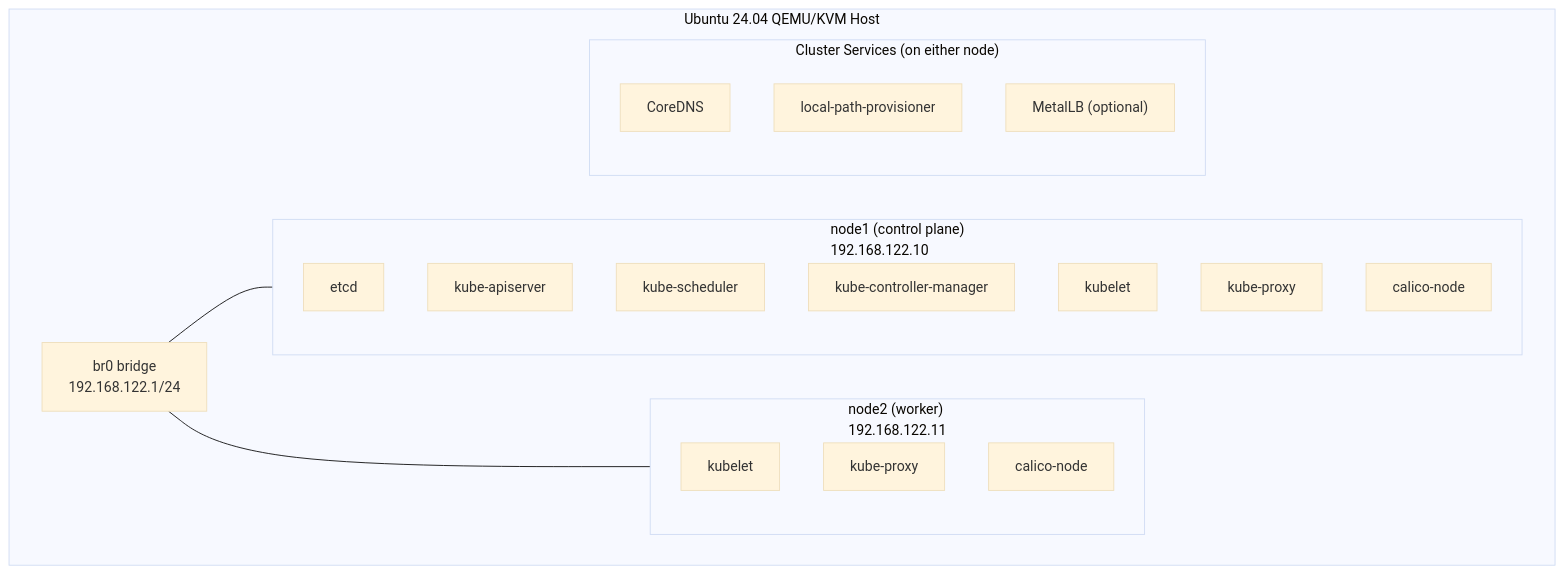
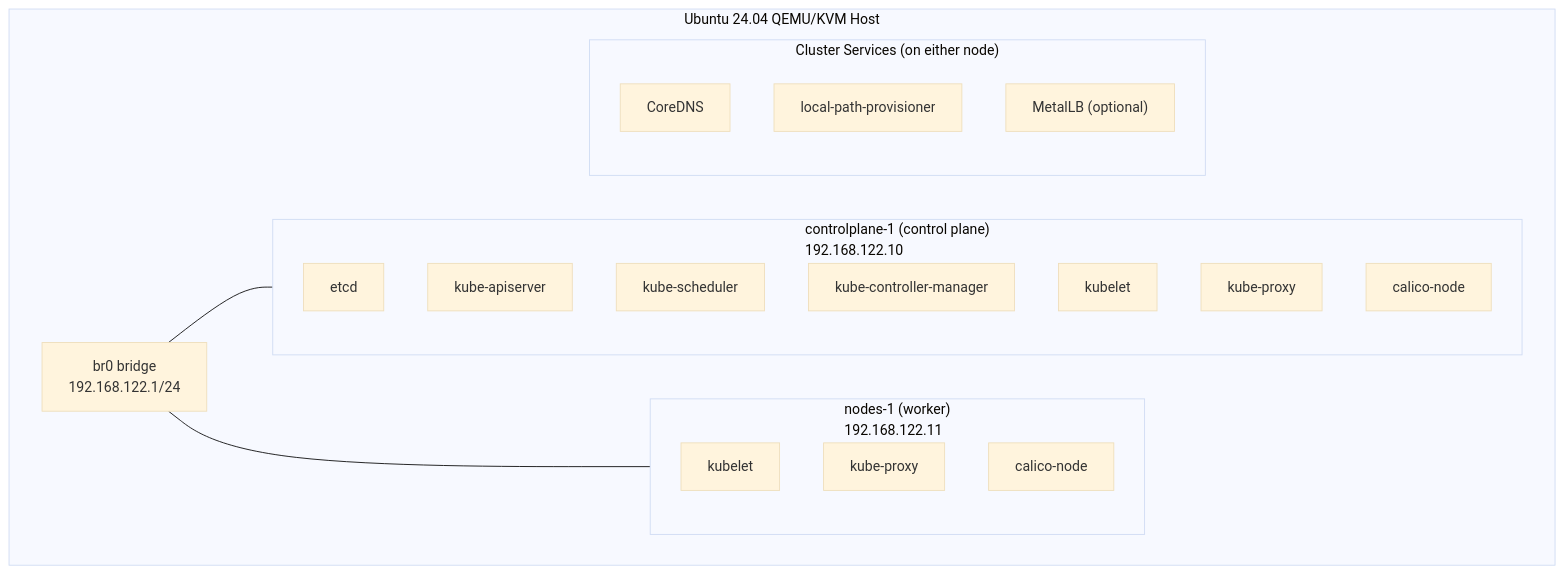
The diagram in cluster-setup/vm/two-kubeadm/README.md (mrmcmuffinz/cka-exam-prep), drawn with Mermaid (base theme) before and after one commit. The commit also changed other lines of this file and 39 other files, not shown here.

First line of the commit message:
G: rename node1/node2 to controlplane-1/nodes-1 throughout

````diff
--- a/cluster-setup/vm/two-kubeadm/README.md
+++ b/cluster-setup/vm/two-kubeadm/README.md
@@ -20,28 +20,28 @@
 ```mermaid
 graph TB
     subgraph Host["Ubuntu 24.04 QEMU/KVM Host"]
         br0["br0 bridge<br/>192.168.122.1/24"]
-        subgraph node1["node1 (control plane)<br/>192.168.122.10"]
+        subgraph controlplane-1["controlplane-1 (control plane)<br/>192.168.122.10"]
             cp_etcd["etcd"]
             cp_api["kube-apiserver"]
             cp_sch["kube-scheduler"]
             cp_cm["kube-controller-manager"]
             cp_kubelet["kubelet"]
             cp_proxy["kube-proxy"]
             cp_calico["calico-node"]
         end
-        subgraph node2["node2 (worker)<br/>192.168.122.11"]
+        subgraph nodes-1["nodes-1 (worker)<br/>192.168.122.11"]
             wk_kubelet["kubelet"]
             wk_proxy["kube-proxy"]
             wk_calico["calico-node"]
         end
         subgraph SVC["Cluster Services (on either node)"]
             coredns["CoreDNS"]
             localpv["local-path-provisioner"]
             metallb["MetalLB (optional)"]
         end
     end
 
-    br0 --- node1
-    br0 --- node2
+    br0 --- controlplane-1
+    br0 --- nodes-1
 ```
````
